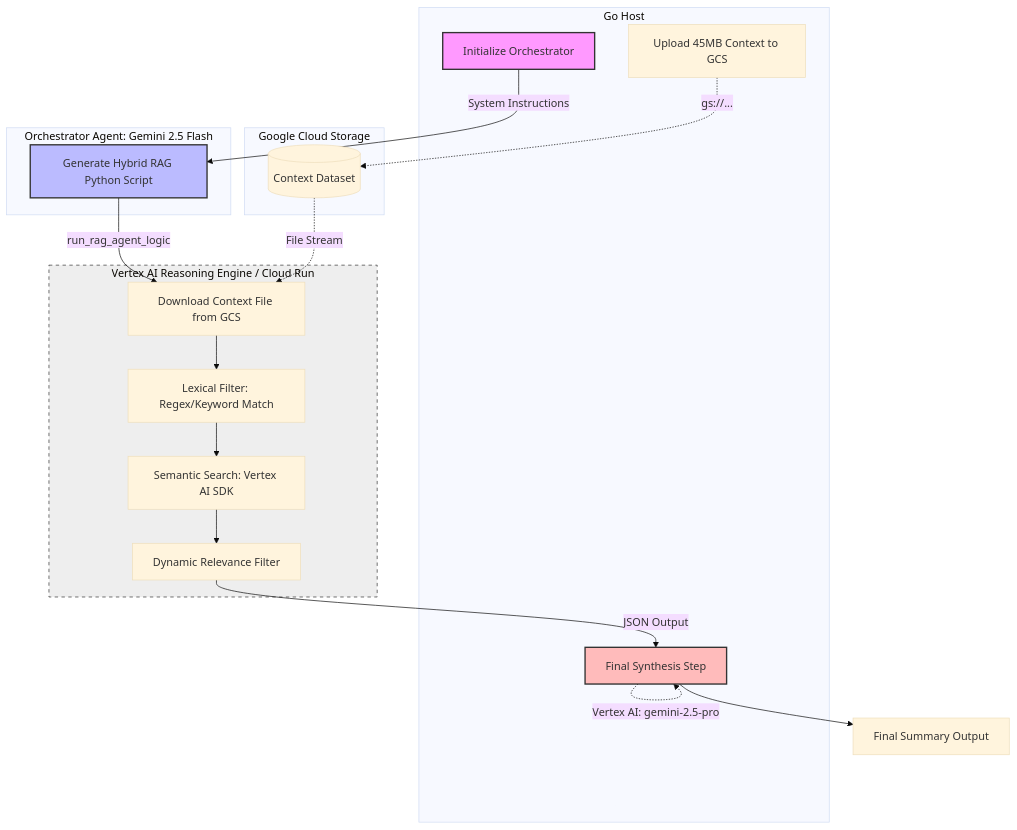
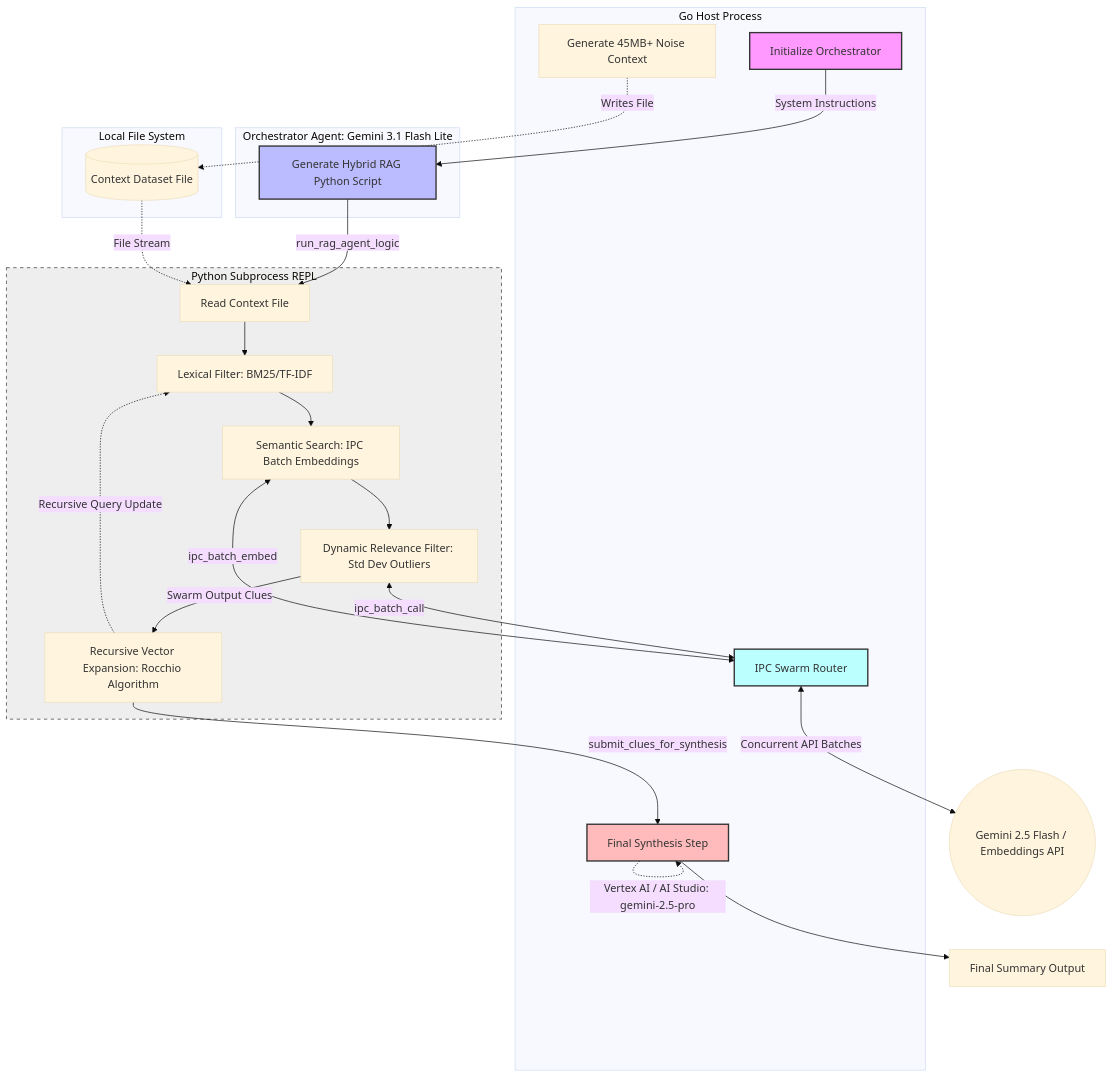
Before and after one commit to iuriikogan/code-sandbox-repl-rag: the diagram in WORKFLOW.md, drawn with Mermaid (base theme). The commit also changed other lines of this file and 6 other files, not shown here.

First line of the commit message:
Update documentation to reflect modern Local IPC Swarm architecture

````diff
--- a/WORKFLOW.md
+++ b/WORKFLOW.md
@@ -5,45 +5,54 @@
 ```mermaid
 graph TD
     %% Roles and Definitions
-    subgraph GoHost [Go Host]
+    subgraph GoHost [Go Host Process]
         A[Initialize Orchestrator]
-        B[Upload 45MB Context to GCS]
+        B[Generate 45MB+ Noise Context]
         G[Final Synthesis Step]
+        L[IPC Swarm Router]
     end
 
-    subgraph Orchestrator [Orchestrator Agent: Gemini 2.5 Flash]
+    subgraph Orchestrator [Orchestrator Agent: Gemini 3.1 Flash Lite]
         C[Generate Hybrid RAG Python Script]
     end
 
-    subgraph GoogleCloudStorage [Google Cloud Storage]
-        H[(Context Dataset)]
+    subgraph LocalFileSystem [Local File System]
+        H[(Context Dataset File)]
     end
 
-    subgraph VertexReasoningEngine [Vertex AI Reasoning Engine / Cloud Run]
-        D[Download Context File from GCS]
-        E[Lexical Filter: Regex/Keyword Match]
-        F[Semantic Search: Vertex AI SDK]
-        I[Dynamic Relevance Filter]
+    subgraph PythonExecution [Python Subprocess REPL]
+        D[Read Context File]
+        E[Lexical Filter: BM25/TF-IDF]
+        F[Semantic Search: IPC Batch Embeddings]
+        I[Dynamic Relevance Filter: Std Dev Outliers]
+        J[Recursive Vector Expansion: Rocchio Algorithm]
     end
 
     %% Flow
     A -->|System Instructions| C
-    B -.->|gs://...| H
+    B -.->|Writes File| H
     
     C -->|run_rag_agent_logic| D
     D --> E
     E --> F
     F --> I
+    I -->|Swarm Output Clues| J
+    J -.->|Recursive Query Update| E
     
     H -.->|File Stream| D
     
-    I -->|JSON Output| G
-    G -.->|Vertex AI: gemini-2.5-pro| G
+    I <-->|ipc_batch_call| L
+    F <-->|ipc_batch_embed| L
+    L <-->|Concurrent API Batches| M((Gemini 2.5 Flash / Embeddings API))
+    
+    J -->|submit_clues_for_synthesis| G
+    G -.->|Vertex AI / AI Studio: gemini-2.5-pro| G
     G --> K[Final Summary Output]
 
     %% Styling
     style A fill:#f9f,stroke:#333,stroke-width:2px
     style C fill:#bbf,stroke:#333,stroke-width:2px
-    style VertexReasoningEngine fill:#eee,stroke:#333,stroke-dasharray: 5 5
+    style PythonExecution fill:#eee,stroke:#333,stroke-dasharray: 5 5
     style G fill:#fbb,stroke:#333,stroke-width:2px
+    style L fill:#bff,stroke:#333,stroke-width:2px
 ```
````
